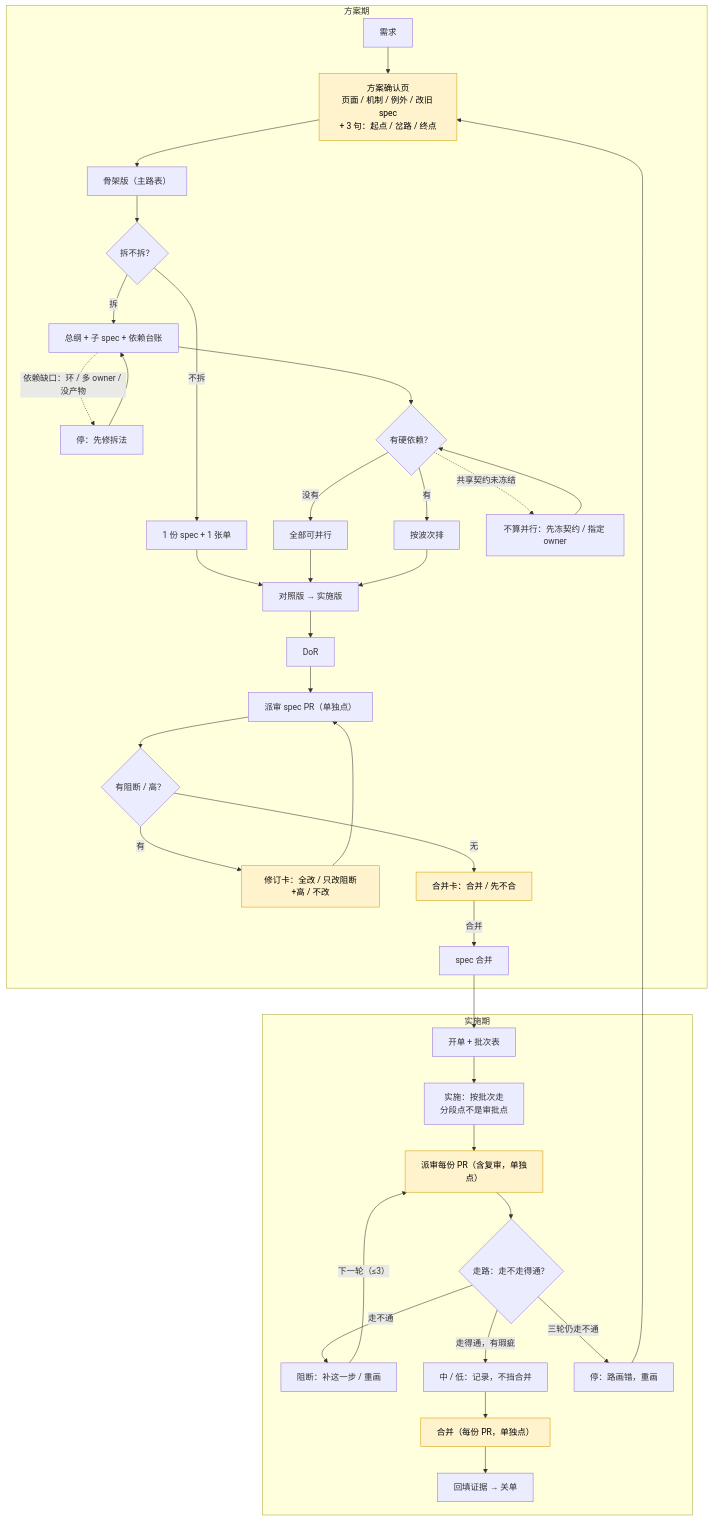
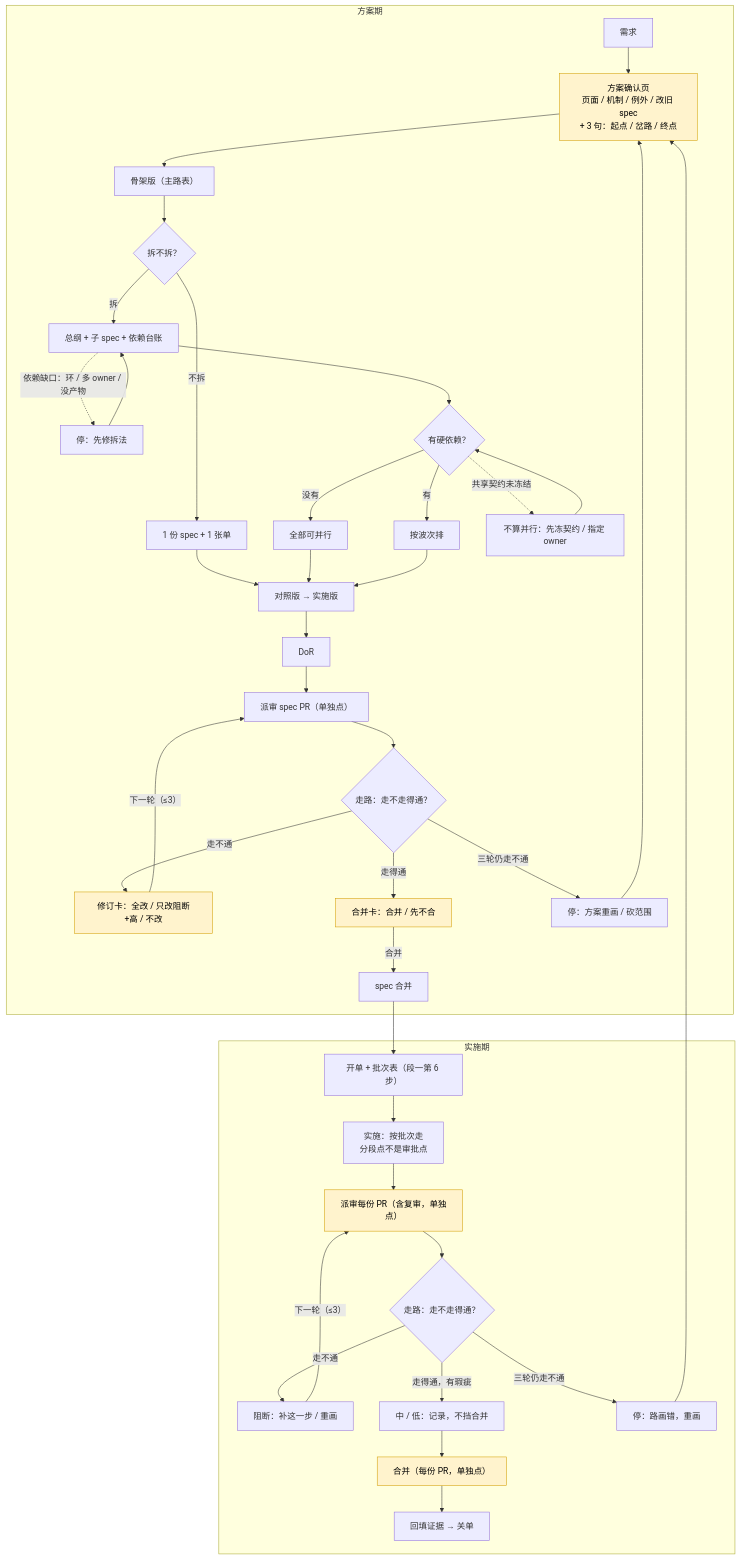
Before and after one commit to nano-sun99/spec-flow: the diagram in docs/specs/2026-11-03-one-path.md, drawn with Mermaid. The commit also changed other lines of this file, not shown here.

````diff
--- a/docs/specs/2026-11-03-one-path.md
+++ b/docs/specs/2026-11-03-one-path.md
@@ -109,42 +109,44 @@
 ```mermaid
 flowchart TD
     subgraph PLAN["方案期"]
         A["需求"] --> B["方案确认页<br/>页面 / 机制 / 例外 / 改旧 spec<br/>+ 3 句：起点 / 岔路 / 终点"]
         B --> K["骨架版（主路表）"]
         K --> D{"拆不拆？"}
         D -->|"不拆"| E["1 份 spec + 1 张单"]
         D -->|"拆"| F["总纲 + 子 spec + 依赖台账"]
         F -. "依赖缺口：环 / 多 owner / 没产物" .-> X["停：先修拆法"]
         X --> F
         F --> G{"有硬依赖？"}
         G -->|"没有"| H["全部可并行"]
         G -->|"有"| I["按波次排"]
         G -. "共享契约未冻结" .-> Y["不算并行：先冻契约 / 指定 owner"]
         Y --> G
         E --> S["对照版 → 实施版"]
         H --> S
         I --> S
         S --> DR["DoR"]
         DR --> RG["派审 spec PR（单独点）"]
-        RG --> RV{"有阻断 / 高？"}
-        RV -->|"有"| RC["修订卡：全改 / 只改阻断+高 / 不改"]
-        RC --> RG
-        RV -->|"无"| MC["合并卡：合并 / 先不合"]
+        RG --> RV{"走路：走不走得通？"}
+        RV -->|"走不通"| RC["修订卡：全改 / 只改阻断+高 / 不改"]
+        RC -->|"下一轮（≤3）"| RG
+        RV -->|"走得通"| MC["合并卡：合并 / 先不合"]
+        RV -->|"三轮仍走不通"| P0["停：方案重画 / 砍范围"]
+        P0 --> B
         MC -->|"合并"| C["spec 合并"]
     end
+    C --> J["开单 + 批次表（段一第 6 步）"]
     subgraph BUILD["实施期"]
-        C --> J["开单 + 批次表"]
         J --> IM["实施：按批次走<br/>分段点不是审批点"]
         IM --> L["派审每份 PR（含复审，单独点）"]
         L --> M{"走路：走不走得通？"}
         M -->|"走不通"| N["阻断：补这一步 / 重画"]
         N -->|"下一轮（≤3）"| L
         M -->|"走得通，有瑕疵"| O["中 / 低：记录，不挡合并"]
         M -->|"三轮仍走不通"| P["停：路画错，重画"]
         P --> B
         O --> Q["合并（每份 PR，单独点）"]
         Q --> R["回填证据 → 关单"]
     end
     classDef human fill:#fff3cd,stroke:#d39e00,color:#000;
     class B,RC,MC,L,Q human;
 ```
````
